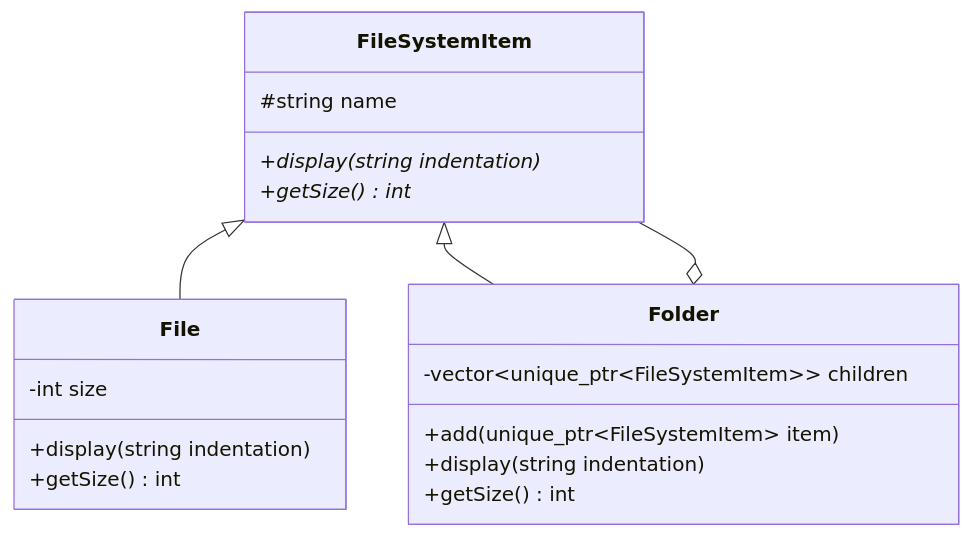
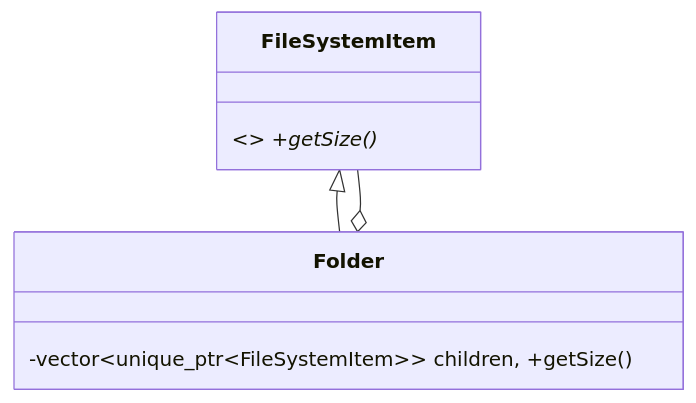
One commit to divyap271/systemDesign changed diagram 11 of 22 in readme.md. Above: the diagram before and after it, drawn with Mermaid. The commit also changed other lines of this file, not shown here.

````diff
--- a/readme.md
+++ b/readme.md
@@ -225,22 +163,7 @@
 ```mermaid
 classDiagram
-    class FileSystemItem {
-        #string name
-        +display(string indentation)*
-        +getSize()* int
-    }
-    class File {
-        -int size
-        +display(string indentation)
-        +getSize() int
-    }
-    class Folder {
-        -vector~unique_ptr~FileSystemItem~~ children
-        +add(unique_ptr~FileSystemItem~ item)
-        +display(string indentation)
-        +getSize() int
-    }
-    FileSystemItem <|-- File
+    class FileSystemItem { <<interface>> +getSize()* }
+    class Folder { -vector~unique_ptr~FileSystemItem~~ children, +getSize() }
     FileSystemItem <|-- Folder
     Folder o-- FileSystemItem
 ```
````
